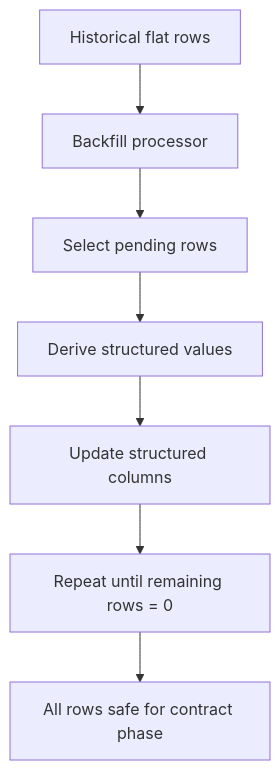
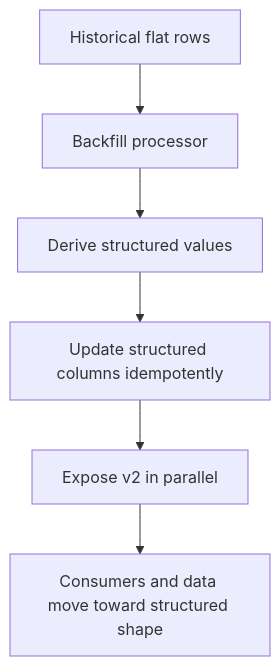
Before and after one commit to evalverde-eng/aida-parallel-changes-workshop: the sixth of 7 diagrams in docs/SOLUTION.md, drawn with Mermaid. The commit also changed other lines of this file, not shown here.

Commit message:
docs: rewrite solution guide as didactic parallel-change narrative

````diff
--- a/docs/SOLUTION.md
+++ b/docs/SOLUTION.md
@@ -402,9 +149,8 @@
 ```mermaid
 flowchart TD
     A[Historical flat rows] --> B[Backfill processor]
-    B --> C[Select pending rows]
-    C --> D[Derive structured values]
-    D --> E[Update structured columns]
-    E --> F[Repeat until remaining rows = 0]
-    F --> G[All rows safe for contract phase]
+    B --> C[Derive structured values]
+    C --> D[Update structured columns idempotently]
+    D --> E[Expose v2 in parallel]
+    E --> F[Consumers and data move toward structured shape]
 ```
````
